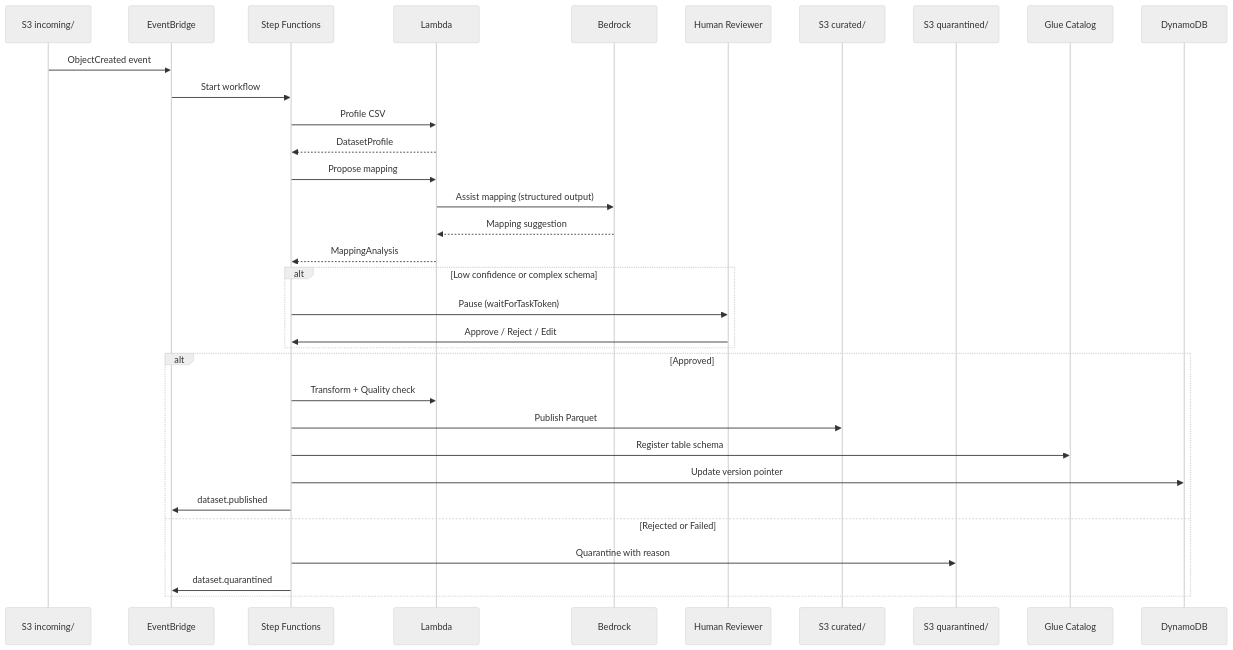
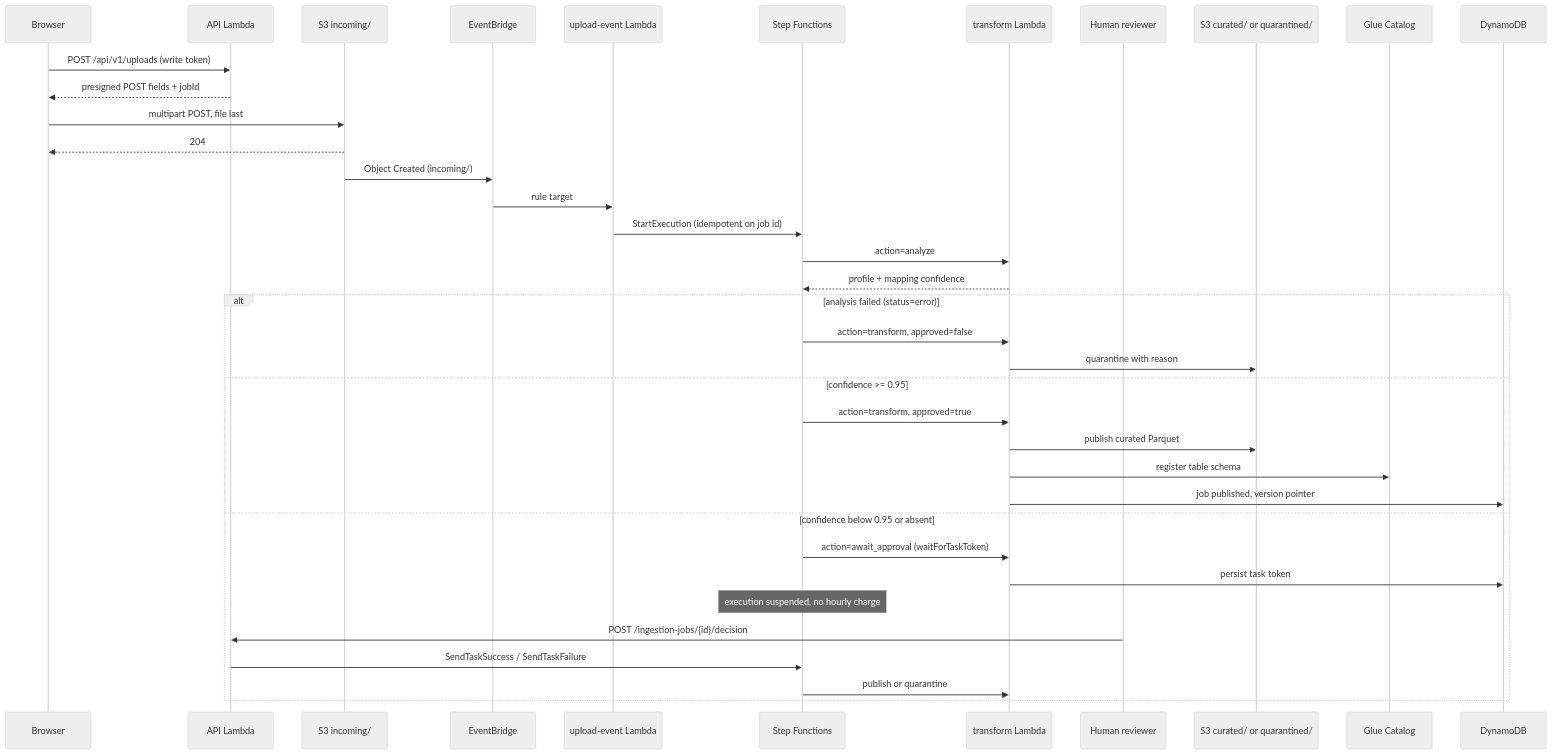
One commit to rexw713ss/aws_smartcity_hackathon changed the second of 4 diagrams in docs/aws-architecture.md. Above: the diagram before and after it, drawn with Mermaid (neutral theme). The commit also changed other lines of this file and 1 other file, not shown here.

Commit message:
revised the aws architecture

````diff
--- a/docs/aws-architecture.md
+++ b/docs/aws-architecture.md
@@ -110,38 +101,42 @@
 ```mermaid
 sequenceDiagram
+    participant B as Browser
+    participant API as API Lambda
     participant S3In as S3 incoming/
     participant EB as EventBridge
+    participant UP as upload-event Lambda
     participant SFN as Step Functions
-    participant Lambda as Lambda
-    participant Bedrock as Bedrock
-    participant Reviewer as Human Reviewer
-    participant S3Cur as S3 curated/
-    participant S3Qua as S3 quarantined/
+    participant TX as transform Lambda
+    participant R as Human reviewer
+    participant Lake as S3 curated/ or quarantined/
     participant Glue as Glue Catalog
     participant DDB as DynamoDB
 
-    S3In->>EB: ObjectCreated event
-    EB->>SFN: Start workflow
-    SFN->>Lambda: Profile CSV
-    Lambda-->>SFN: DatasetProfile
-    SFN->>Lambda: Propose mapping
-    Lambda->>Bedrock: Assist mapping (structured output)
-    Bedrock-->>Lambda: Mapping suggestion
-    Lambda-->>SFN: MappingAnalysis
+    B->>API: POST /api/v1/uploads (write token)
+    API-->>B: presigned POST fields + jobId
+    B->>S3In: multipart POST, file last
+    S3In-->>B: 204
+    S3In->>EB: Object Created (incoming/)
+    EB->>UP: rule target
+    UP->>SFN: StartExecution (idempotent on job id)
 
-    alt Low confidence or complex schema
-        SFN->>Reviewer: Pause (waitForTaskToken)
-        Reviewer->>SFN: Approve / Reject / Edit
-    end
+    SFN->>TX: action=analyze
+    TX-->>SFN: profile + mapping confidence
 
-    alt Approved
-        SFN->>Lambda: Transform + Quality check
-        SFN->>S3Cur: Publish Parquet
-        SFN->>Glue: Register table schema
-        SFN->>DDB: Update version pointer
-        SFN->>EB: dataset.published
-    else Rejected or Failed
-        SFN->>S3Qua: Quarantine with reason
-        SFN->>EB: dataset.quarantined
+    alt analysis failed (status=error)
+        SFN->>TX: action=transform, approved=false
+        TX->>Lake: quarantine with reason
+    else confidence >= 0.95
+        SFN->>TX: action=transform, approved=true
+        TX->>Lake: publish curated Parquet
+        TX->>Glue: register table schema
+        TX->>DDB: job published, version pointer
+    else confidence below 0.95 or absent
+        SFN->>TX: action=await_approval (waitForTaskToken)
+        TX->>DDB: persist task token
+        Note over SFN: execution suspended, no hourly charge
+        R->>API: POST /ingestion-jobs/{id}/decision
+        API->>SFN: SendTaskSuccess / SendTaskFailure
+        SFN->>TX: publish or quarantine
     end
 ```
````
